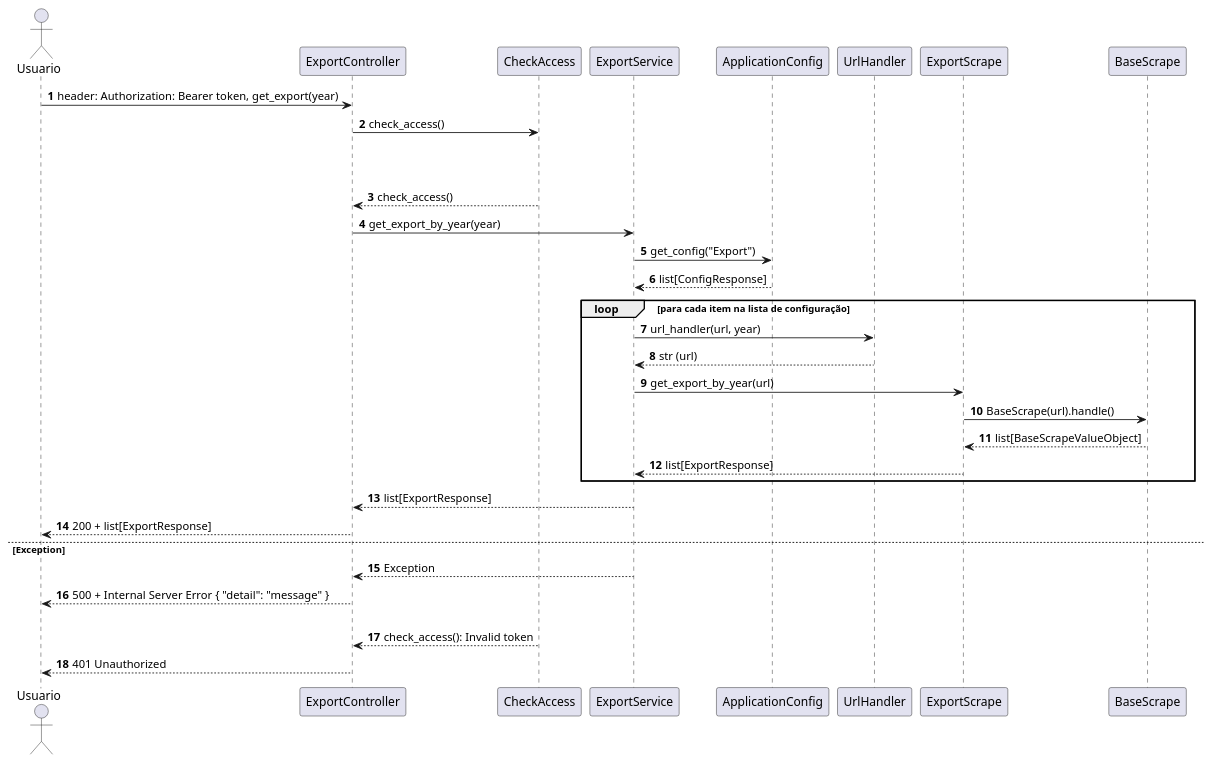
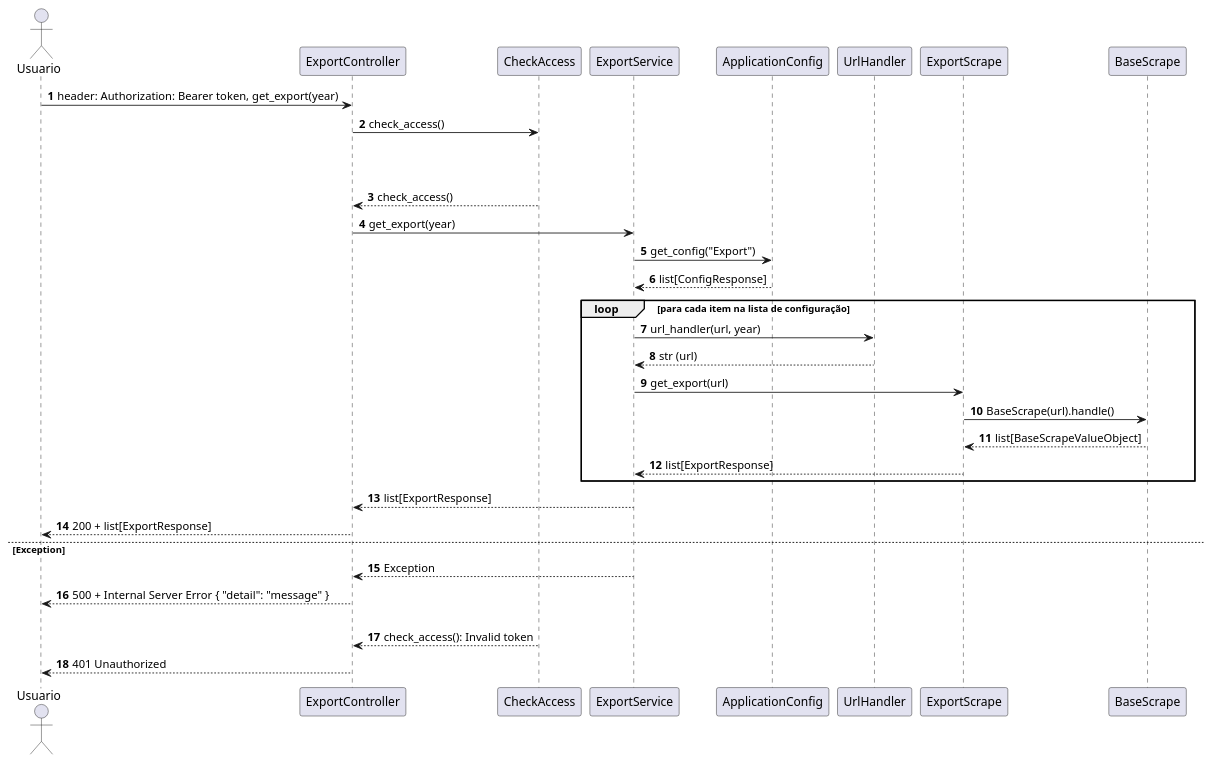
The seventh of 8 diagrams in README.md (henriquecomp/vinicultura), drawn with PlantUML before and after one commit. The commit also changed other lines of this file and 25 other files, not shown here.

```diff
--- a/README.md
+++ b/README.md
@@ -271,39 +271,39 @@
 @startuml
 autonumber
 actor Usuario
 participant "ExportController" as Controller
 participant "CheckAccess" as CheckAccess
 participant "ExportService" as Application
 participant "ApplicationConfig" as Config
 participant "UrlHandler" as UrlHandler
 participant "ExportScrape" as Scrape
 participant "BaseScrape" as BaseScrape
 
 'Requisição autenticada
 Usuario -> Controller: header: Authorization: Bearer token, get_export(year) 
 Controller -> CheckAccess: check_access()
 
 alt Token Válido
     alt 
         CheckAccess --> Controller: check_access()
-        Controller -> Application: get_export_by_year(year)
+        Controller -> Application: get_export(year)
         Application -> Config: get_config("Export") 
         Config --> Application: list[ConfigResponse]
         loop para cada item na lista de configuração
             Application -> UrlHandler: url_handler(url, year)
             UrlHandler --> Application: str (url)
-            Application -> Scrape: get_export_by_year(url)
+            Application -> Scrape: get_export(url)
             Scrape -> BaseScrape: BaseScrape(url).handle()
             BaseScrape --> Scrape: list[BaseScrapeValueObject]
             Scrape --> Application: list[ExportResponse]
         end
         Application --> Controller: list[ExportResponse]
         Controller --> Usuario: 200 + list[ExportResponse]
     else Exception
         Application --> Controller: Exception
         Controller --> Usuario: 500 + Internal Server Error { "detail": "message" }
 else Token Inválido
     CheckAccess --> Controller: check_access(): Invalid token
     Controller --> Usuario: 401 Unauthorized
 
 @enduml
```
